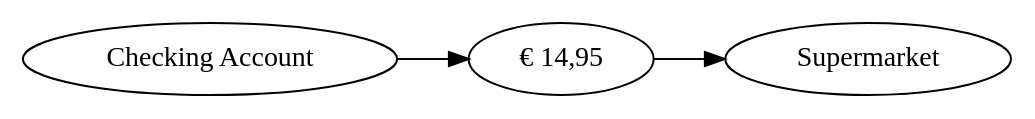
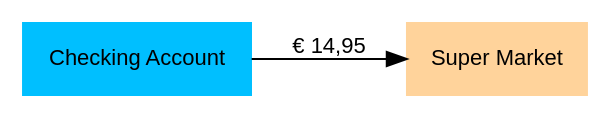
The second of 4 diagrams in docs/concepts/transactions.rst (firefly-iii/docs), drawn with Graphviz before and after one commit. The commit also changed other lines of this file, not shown here.

```diff
--- a/docs/concepts/transactions.rst
+++ b/docs/concepts/transactions.rst
@@ -18,7 +22,12 @@
 .. graphviz::
 
    digraph foo {
+      graph [fontname = "helvetica"]; 
+      node [fontname = "helvetica", fontsize=11, shape=rounded, style=filled];
+      edge [fontname = "helvetica", fontsize=11];
       rankdir="LR";
-      "Checking Account" -> "€ 14,95";
-      "€ 14,95" -> "Supermarket";
+      a[label="Checking Account", color=deepskyblue];
+      b[label="Super Market",color=burlywood1]
+
+      a -> b[label="€ 14,95"]
    }
```
